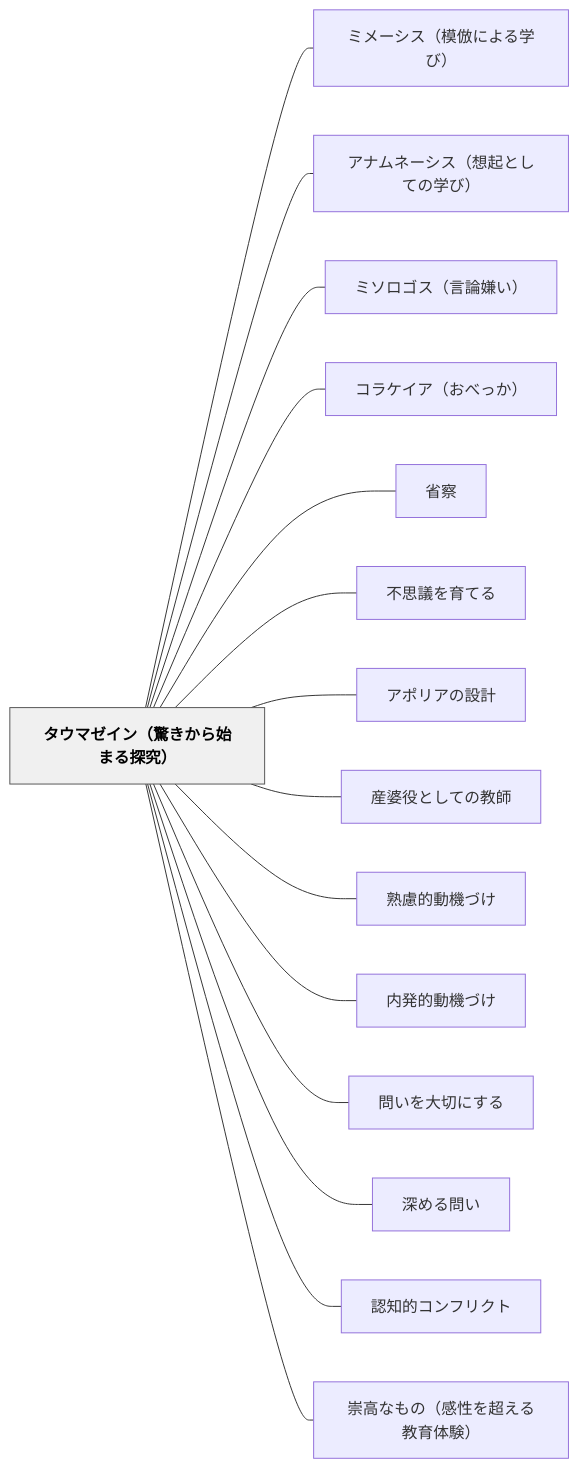
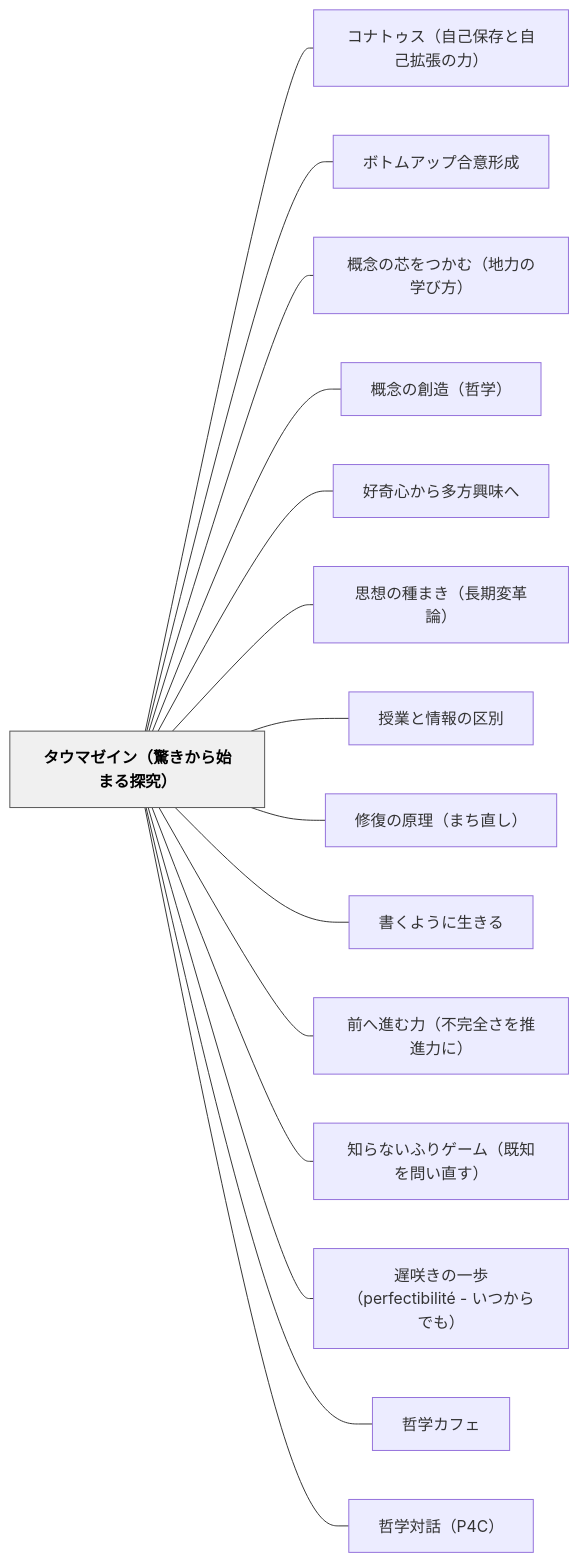
Before and after one commit to unknownthings-ed-patterns/unknownthings-ed-patterns: the diagram in content/パタン/タウマゼイン（驚きから始まる探究）.md, drawn with Mermaid. The commit also changed other lines of this file and 185 other files, not shown here.

````diff
--- a/content/パタン/タウマゼイン（驚きから始まる探究）.md
+++ b/content/パタン/タウマゼイン（驚きから始まる探究）.md
@@ -573,36 +593,36 @@
 ```mermaid
 flowchart LR
     ne382bfe382a6e3839ee382bce382a4e383b3efbc88e9a99ae3818de3818be38289e5a78be381bee3828be68ea2e7a9b6efbc89["タウマゼイン（驚きから始まる探究）"]
-    ne3839fe383a1e383bce382b7e382b9efbc88e6a8a1e580a3e381abe38288e3828be5ada6e381b3efbc89["ミメーシス（模倣による学び）"]
-    ne382a2e3838ae383a0e3838de383bce382b7e382b9efbc88e683b3e8b5b7e381a8e38197e381a6e381aee5ada6e381b3efbc89["アナムネーシス（想起としての学び）"]
-    ne3839fe382bde383ade382b4e382b9efbc88e8a880e8ab96e5ab8ce38184efbc89["ミソロゴス（言論嫌い）"]
-    ne382b3e383a9e382b1e382a4e382a2efbc88e3818ae381b9e381a3e3818befbc89["コラケイア（おべっか）"]
-    ne79c81e5af9f["省察"]
-    ne4b88de6809de8adb0e38292e882b2e381a6e3828b["不思議を育てる"]
-    ne382a2e3839de383aae382a2e381aee8a8ade8a888["アポリアの設計"]
-    ne794a3e5a986e5bdb9e381a8e38197e381a6e381aee69599e5b8ab["産婆役としての教師"]
-    ne7869fe685aee79a84e58b95e6a99fe381a5e38191["熟慮的動機づけ"]
-    ne58685e799bae79a84e58b95e6a99fe381a5e38191["内発的動機づけ"]
-    ne5958fe38184e38292e5a4a7e58887e381abe38199e3828b["問いを大切にする"]
-    ne6b7b1e38281e3828be5958fe38184["深める問い"]
-    ne8aa8de79fa5e79a84e382b3e383b3e38395e383aae382afe38388["認知的コンフリクト"]
-    ne5b487e9ab98e381aae38282e381aeefbc88e6849fe680a7e38292e8b685e38188e3828be69599e882b2e4bd93e9a893efbc89["崇高なもの（感性を超える教育体験）"]
+    ne382b3e3838ae38388e382a5e382b9efbc88e887aae5b7b1e4bf9de5ad98e381a8e887aae5b7b1e68ba1e5bcb5e381aee58a9befbc89["コナトゥス（自己保存と自己拡張の力）"]
+    ne3839ce38388e383a0e382a2e38383e38397e59088e6848fe5bda2e68890["ボトムアップ合意形成"]
+    ne6a682e5bfb5e381aee88aafe38292e381a4e3818be38280efbc88e59cb0e58a9be381aee5ada6e381b3e696b9efbc89["概念の芯をつかむ（地力の学び方）"]
+    ne6a682e5bfb5e381aee589b5e980a0efbc88e593b2e5ada6efbc89["概念の創造（哲学）"]
+    ne5a5bde5a587e5bf83e3818be38289e5a49ae696b9e88888e591b3e381b8["好奇心から多方興味へ"]
+    ne6809de683b3e381aee7a8aee381bee3818defbc88e995b7e69c9fe5a489e99da9e8ab96efbc89["思想の種まき（長期変革論）"]
+    ne68e88e6a5ade381a8e68385e5a0b1e381aee58cbae588a5["授業と情報の区別"]
+    ne4bfaee5bea9e381aee58e9fe79086efbc88e381bee381a1e79bb4e38197efbc89["修復の原理（まち直し）"]
+    ne69bb8e3818fe38288e38186e381abe7949fe3818de3828b["書くように生きる"]
+    ne5898de381b8e980b2e38280e58a9befbc88e4b88de5ae8ce585a8e38195e38292e68ea8e980b2e58a9be381abefbc89["前へ進む力（不完全さを推進力に）"]
+    ne79fa5e38289e381aae38184e381b5e3828ae382b2e383bce383a0efbc88e697a2e79fa5e38292e5958fe38184e79bb4e38199efbc89["知らないふりゲーム（既知を問い直す）"]
+    ne98185e592b2e3818de381aee4b880e6ada9efbc88706572666563746962696c6974c3a9202d20e38184e381a4e3818be38289e381a7e38282efbc89["遅咲きの一歩（perfectibilité - いつからでも）"]
+    ne593b2e5ada6e382abe38395e382a7["哲学カフェ"]
+    ne593b2e5ada6e5afbee8a9b1efbc88503443efbc89["哲学対話（P4C）"]
 
-    ne382bfe382a6e3839ee382bce382a4e383b3efbc88e9a99ae3818de3818be38289e5a78be381bee3828be68ea2e7a9b6efbc89 --- ne3839fe383a1e383bce382b7e382b9efbc88e6a8a1e580a3e381abe38288e3828be5ada6e381b3efbc89
-    ne382bfe382a6e3839ee382bce382a4e383b3efbc88e9a99ae3818de3818be38289e5a78be381bee3828be68ea2e7a9b6efbc89 --- ne382a2e3838ae383a0e3838de383bce382b7e382b9efbc88e683b3e8b5b7e381a8e38197e381a6e381aee5ada6e381b3efbc89
-    ne382bfe382a6e3839ee382bce382a4e383b3efbc88e9a99ae3818de3818be38289e5a78be381bee3828be68ea2e7a9b6efbc89 --- ne3839fe382bde383ade382b4e382b9efbc88e8a880e8ab96e5ab8ce38184efbc89
-    ne382bfe382a6e3839ee382bce382a4e383b3efbc88e9a99ae3818de3818be38289e5a78be381bee3828be68ea2e7a9b6efbc89 --- ne382b3e383a9e382b1e382a4e382a2efbc88e3818ae381b9e381a3e3818befbc89
-    ne382bfe382a6e3839ee382bce382a4e383b3efbc88e9a99ae3818de3818be38289e5a78be381bee3828be68ea2e7a9b6efbc89 --- ne79c81e5af9f
-    ne382bfe382a6e3839ee382bce382a4e383b3efbc88e9a99ae3818de3818be38289e5a78be381bee3828be68ea2e7a9b6efbc89 --- ne4b88de6809de8adb0e38292e882b2e381a6e3828b
-    ne382bfe382a6e3839ee382bce382a4e383b3efbc88e9a99ae3818de3818be38289e5a78be381bee3828be68ea2e7a9b6efbc89 --- ne382a2e3839de383aae382a2e381aee8a8ade8a888
-    ne382bfe382a6e3839ee382bce382a4e383b3efbc88e9a99ae3818de3818be38289e5a78be381bee3828be68ea2e7a9b6efbc89 --- ne794a3e5a986e5bdb9e381a8e38197e381a6e381aee69599e5b8ab
-    ne382bfe382a6e3839ee382bce382a4e383b3efbc88e9a99ae3818de3818be38289e5a78be381bee3828be68ea2e7a9b6efbc89 --- ne7869fe685aee79a84e58b95e6a99fe381a5e38191
-    ne382bfe382a6e3839ee382bce382a4e383b3efbc88e9a99ae3818de3818be38289e5a78be381bee3828be68ea2e7a9b6efbc89 --- ne58685e799bae79a84e58b95e6a99fe381a5e38191
-    ne382bfe382a6e3839ee382bce382a4e383b3efbc88e9a99ae3818de3818be38289e5a78be381bee3828be68ea2e7a9b6efbc89 --- ne5958fe38184e38292e5a4a7e58887e381abe38199e3828b
-    ne382bfe382a6e3839ee382bce382a4e383b3efbc88e9a99ae3818de3818be38289e5a78be381bee3828be68ea2e7a9b6efbc89 --- ne6b7b1e38281e3828be5958fe38184
-    ne382bfe382a6e3839ee382bce382a4e383b3efbc88e9a99ae3818de3818be38289e5a78be381bee3828be68ea2e7a9b6efbc89 --- ne8aa8de79fa5e79a84e382b3e383b3e38395e383aae382afe38388
-    ne382bfe382a6e3839ee382bce382a4e383b3efbc88e9a99ae3818de3818be38289e5a78be381bee3828be68ea2e7a9b6efbc89 --- ne5b487e9ab98e381aae38282e381aeefbc88e6849fe680a7e38292e8b685e38188e3828be69599e882b2e4bd93e9a893efbc89
+    ne382bfe382a6e3839ee382bce382a4e383b3efbc88e9a99ae3818de3818be38289e5a78be381bee3828be68ea2e7a9b6efbc89 --- ne382b3e3838ae38388e382a5e382b9efbc88e887aae5b7b1e4bf9de5ad98e381a8e887aae5b7b1e68ba1e5bcb5e381aee58a9befbc89
+    ne382bfe382a6e3839ee382bce382a4e383b3efbc88e9a99ae3818de3818be38289e5a78be381bee3828be68ea2e7a9b6efbc89 --- ne3839ce38388e383a0e382a2e38383e38397e59088e6848fe5bda2e68890
+    ne382bfe382a6e3839ee382bce382a4e383b3efbc88e9a99ae3818de3818be38289e5a78be381bee3828be68ea2e7a9b6efbc89 --- ne6a682e5bfb5e381aee88aafe38292e381a4e3818be38280efbc88e59cb0e58a9be381aee5ada6e381b3e696b9efbc89
+    ne382bfe382a6e3839ee382bce382a4e383b3efbc88e9a99ae3818de3818be38289e5a78be381bee3828be68ea2e7a9b6efbc89 --- ne6a682e5bfb5e381aee589b5e980a0efbc88e593b2e5ada6efbc89
+    ne382bfe382a6e3839ee382bce382a4e383b3efbc88e9a99ae3818de3818be38289e5a78be381bee3828be68ea2e7a9b6efbc89 --- ne5a5bde5a587e5bf83e3818be38289e5a49ae696b9e88888e591b3e381b8
+    ne382bfe382a6e3839ee382bce382a4e383b3efbc88e9a99ae3818de3818be38289e5a78be381bee3828be68ea2e7a9b6efbc89 --- ne6809de683b3e381aee7a8aee381bee3818defbc88e995b7e69c9fe5a489e99da9e8ab96efbc89
+    ne382bfe382a6e3839ee382bce382a4e383b3efbc88e9a99ae3818de3818be38289e5a78be381bee3828be68ea2e7a9b6efbc89 --- ne68e88e6a5ade381a8e68385e5a0b1e381aee58cbae588a5
+    ne382bfe382a6e3839ee382bce382a4e383b3efbc88e9a99ae3818de3818be38289e5a78be381bee3828be68ea2e7a9b6efbc89 --- ne4bfaee5bea9e381aee58e9fe79086efbc88e381bee381a1e79bb4e38197efbc89
+    ne382bfe382a6e3839ee382bce382a4e383b3efbc88e9a99ae3818de3818be38289e5a78be381bee3828be68ea2e7a9b6efbc89 --- ne69bb8e3818fe38288e38186e381abe7949fe3818de3828b
+    ne382bfe382a6e3839ee382bce382a4e383b3efbc88e9a99ae3818de3818be38289e5a78be381bee3828be68ea2e7a9b6efbc89 --- ne5898de381b8e980b2e38280e58a9befbc88e4b88de5ae8ce585a8e38195e38292e68ea8e980b2e58a9be381abefbc89
+    ne382bfe382a6e3839ee382bce382a4e383b3efbc88e9a99ae3818de3818be38289e5a78be381bee3828be68ea2e7a9b6efbc89 --- ne79fa5e38289e381aae38184e381b5e3828ae382b2e383bce383a0efbc88e697a2e79fa5e38292e5958fe38184e79bb4e38199efbc89
+    ne382bfe382a6e3839ee382bce382a4e383b3efbc88e9a99ae3818de3818be38289e5a78be381bee3828be68ea2e7a9b6efbc89 --- ne98185e592b2e3818de381aee4b880e6ada9efbc88706572666563746962696c6974c3a9202d20e38184e381a4e3818be38289e381a7e38282efbc89
+    ne382bfe382a6e3839ee382bce382a4e383b3efbc88e9a99ae3818de3818be38289e5a78be381bee3828be68ea2e7a9b6efbc89 --- ne593b2e5ada6e382abe38395e382a7
+    ne382bfe382a6e3839ee382bce382a4e383b3efbc88e9a99ae3818de3818be38289e5a78be381bee3828be68ea2e7a9b6efbc89 --- ne593b2e5ada6e5afbee8a9b1efbc88503443efbc89
 
     classDef hub fill:#f0f0f0,stroke:#555,color:#000,font-weight:bold
     class ne382bfe382a6e3839ee382bce382a4e383b3efbc88e9a99ae3818de3818be38289e5a78be381bee3828be68ea2e7a9b6efbc89 hub
 ```
````
